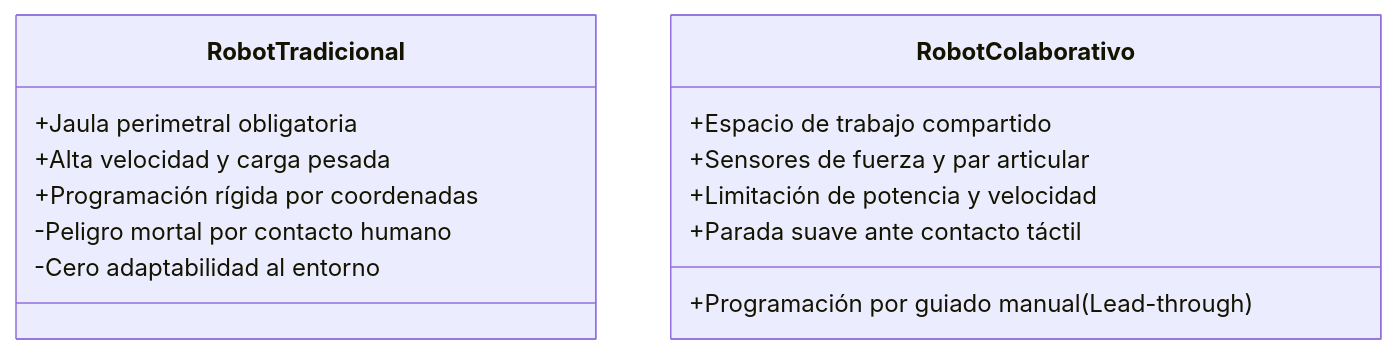
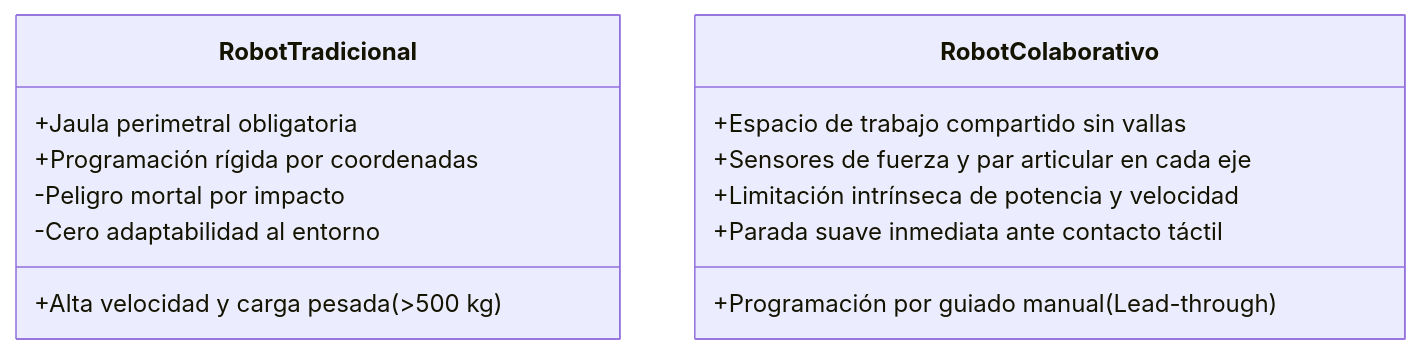
The third of 6 diagrams in docs/temas/01-digitalizacion/02-sistemas-ciberfisicos-tecnologias.md (jssdocente/dasp2627d), drawn with Mermaid before and after one commit. The commit also changed other lines of this file and 2 other files, not shown here.

````diff
--- a/docs/temas/01-digitalizacion/02-sistemas-ciberfisicos-tecnologias.md
+++ b/docs/temas/01-digitalizacion/02-sistemas-ciberfisicos-tecnologias.md
@@ -69,18 +79,18 @@
 ```mermaid
 classDiagram
     class RobotTradicional {
         +Jaula perimetral obligatoria
-        +Alta velocidad y carga pesada
+        +Alta velocidad y carga pesada (>500 kg)
         +Programación rígida por coordenadas
-        -Peligro mortal por contacto humano
+        -Peligro mortal por impacto
         -Cero adaptabilidad al entorno
     }
 
     class RobotColaborativo {
-        +Espacio de trabajo compartido
-        +Sensores de fuerza y par articular
-        +Limitación de potencia y velocidad
-        +Parada suave ante contacto táctil
+        +Espacio de trabajo compartido sin vallas
+        +Sensores de fuerza y par articular en cada eje
+        +Limitación intrínseca de potencia y velocidad
+        +Parada suave inmediata ante contacto táctil
         +Programación por guiado manual (Lead-through)
     }
 ```
````
